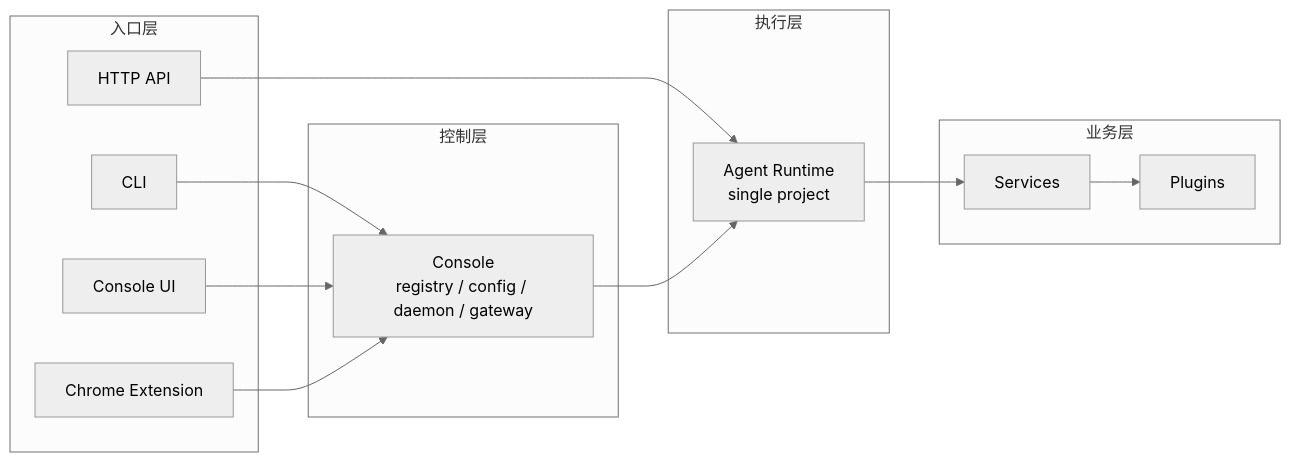
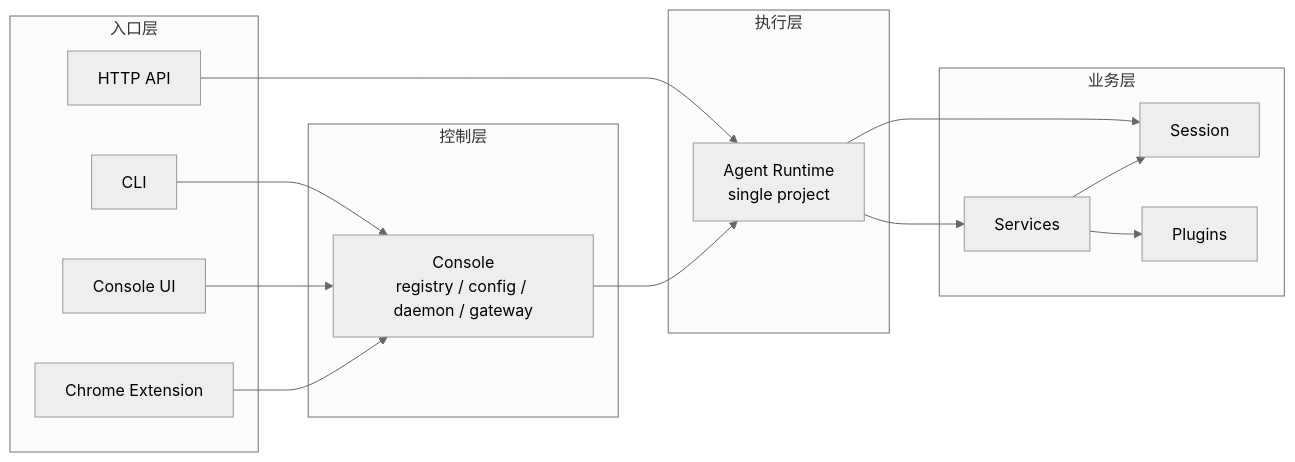
Before and after one commit to wangenius/downcity: the first of 3 diagrams in homepage/content/devdocs/zh/package/runtime-and-services.mdx, drawn with Mermaid (neutral theme). The commit also changed other lines of this file and 304 other files, not shown here.

Commit message:
refactor(agent): reorganize package architecture

````diff
--- a/homepage/content/devdocs/zh/package/runtime-and-services.mdx
+++ b/homepage/content/devdocs/zh/package/runtime-and-services.mdx
@@ -41,30 +41,33 @@
 ```mermaid
 flowchart LR
   subgraph Entry["入口层"]
     CLI["CLI"]
     UI["Console UI"]
     EXT["Chrome Extension"]
     API["HTTP API"]
   end
 
   subgraph Control["控制层"]
     CONSOLE["Console<br/>registry / config / daemon / gateway"]
   end
 
   subgraph Runtime["执行层"]
     AGENT["Agent Runtime<br/>single project"]
   end
 
   subgraph Business["业务层"]
+    SESSION["Session"]
     SERVICES["Services"]
     PLUGINS["Plugins"]
   end
 
   CLI --> CONSOLE
   UI --> CONSOLE
   EXT --> CONSOLE
   API --> AGENT
   CONSOLE --> AGENT
+  AGENT --> SESSION
   AGENT --> SERVICES
   SERVICES --> PLUGINS
+  SERVICES --> SESSION
 ```
````
